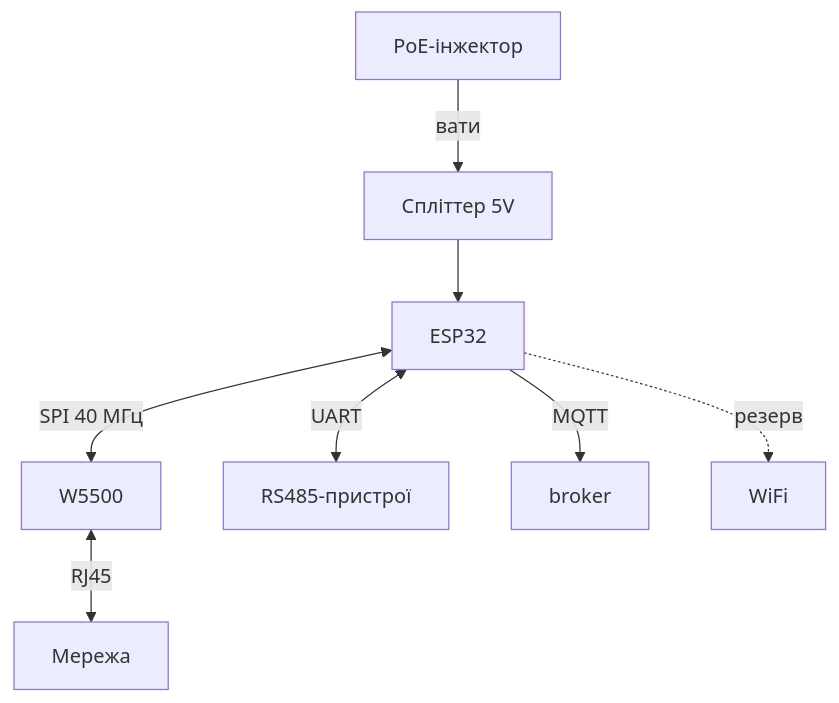
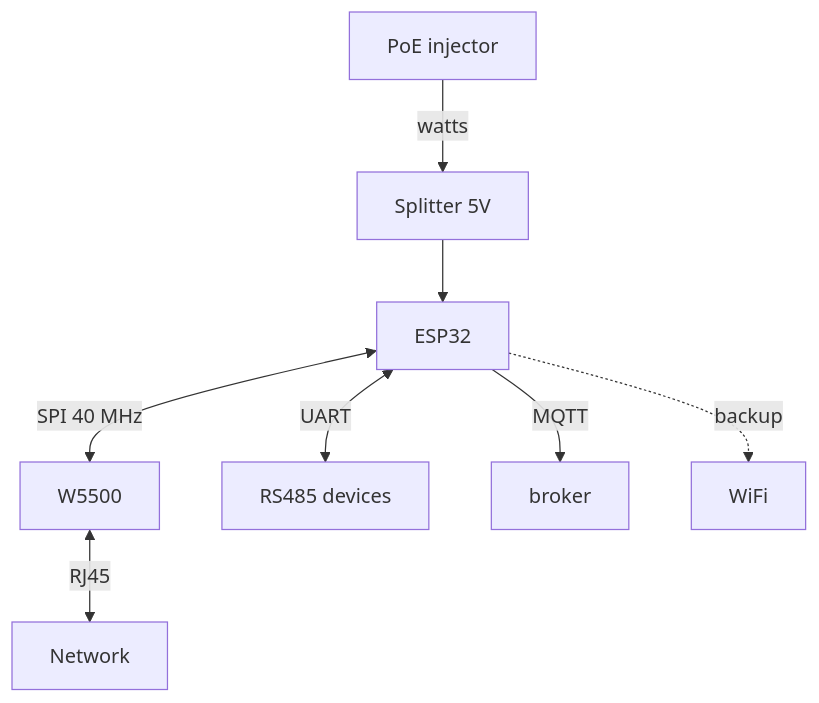
Before and after one commit to ksalab/embedded-reference: the diagram in obsidian_vault/ESP32-Reference/EN/12-Comm-Modules/31-Ethernet-PoE-Deep.en.md, drawn with Mermaid. The commit also changed other lines of this file and 76 other files, not shown here.

````diff
--- a/obsidian_vault/ESP32-Reference/EN/12-Comm-Modules/31-Ethernet-PoE-Deep.en.md
+++ b/obsidian_vault/ESP32-Reference/EN/12-Comm-Modules/31-Ethernet-PoE-Deep.en.md
@@ -37,10 +37,10 @@
 ```mermaid
 flowchart TB
-  ESP[ESP32] <-->|SPI 40 МГц| W5[W5500]
-  W5 <-->|RJ45| LAN[Мережа]
-  POE[PoE-інжектор] -->|вати| SPL[Спліттер 5V]
+  ESP[ESP32] <-->|SPI 40 MHz| W5[W5500]
+  W5 <-->|RJ45| LAN[Network]
+  POE[PoE injector] -->|watts| SPL[Splitter 5V]
   SPL --> ESP
-  ESP <-->|UART| RS[RS485-пристрої]
+  ESP <-->|UART| RS[RS485 devices]
   ESP -->|MQTT| BRK[broker]
-  ESP -.->|резерв| WIFI[WiFi]
+  ESP -.->|backup| WIFI[WiFi]
 ```
````
